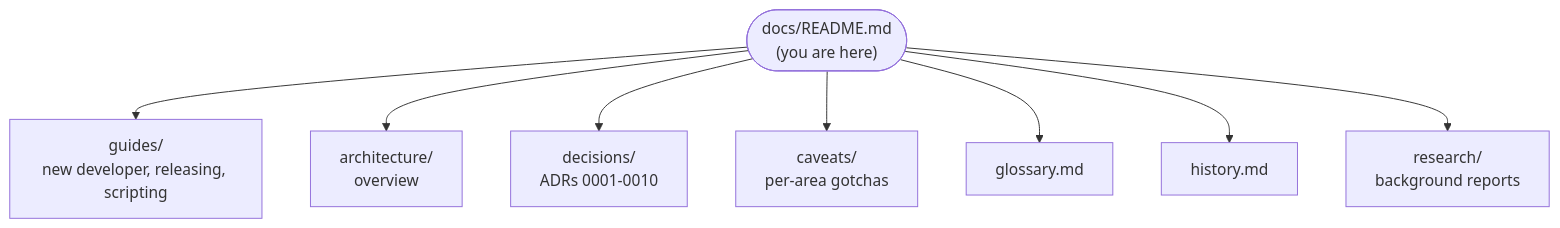
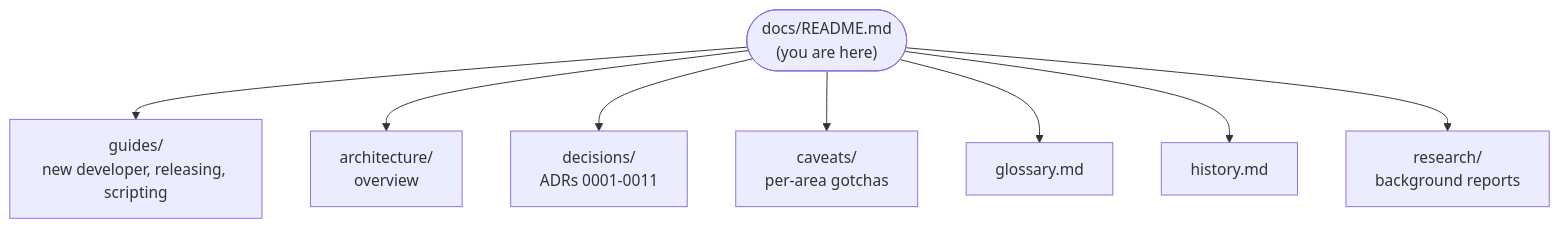
Before and after one commit to joebarbere/controls: the diagram in docs/README.md, drawn with Mermaid. The commit also changed other lines of this file and 2 other files, not shown here.

First paragraph of the commit message:
docs(adr): ADR 0011 sim worker contract (accepted after team review) (#39)
* docs(adr): ADR 0011 sim worker contract (proposed)

````diff
--- a/docs/README.md
+++ b/docs/README.md
@@ -5,11 +5,11 @@
 ```mermaid
 flowchart TD
     HUB(["docs/README.md<br/>(you are here)"])
     HUB --> G["guides/<br/>new developer, releasing, scripting"]
     HUB --> A["architecture/<br/>overview"]
-    HUB --> D["decisions/<br/>ADRs 0001-0010"]
+    HUB --> D["decisions/<br/>ADRs 0001-0011"]
     HUB --> C["caveats/<br/>per-area gotchas"]
     HUB --> GL["glossary.md"]
     HUB --> H["history.md"]
     HUB --> R["research/<br/>background reports"]
 ```
````
